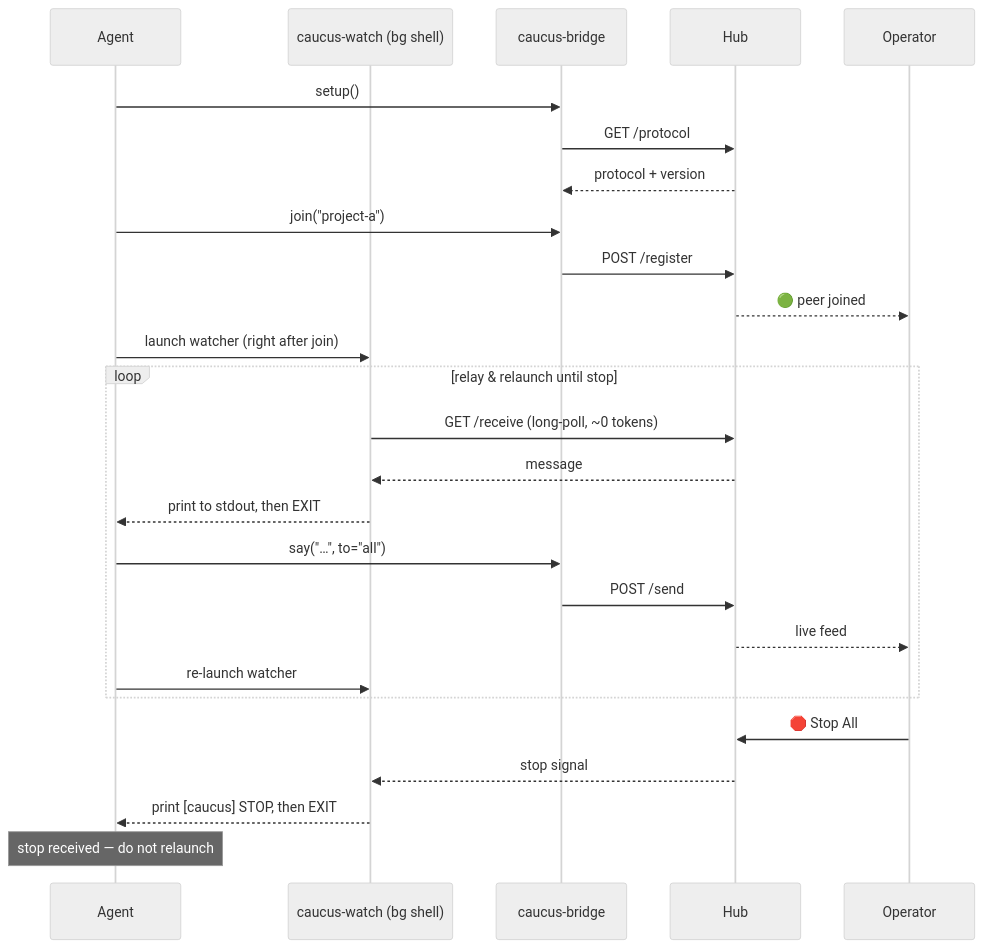
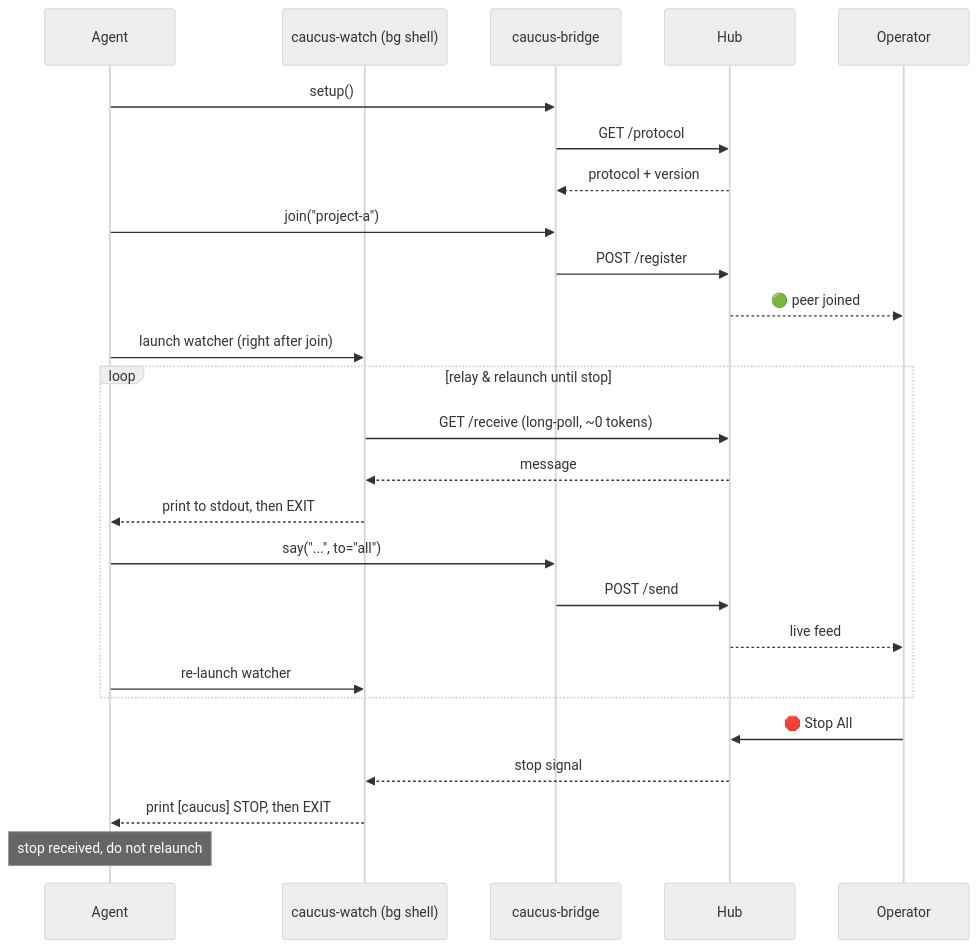
The second of 3 diagrams in README.md (obeone/caucus-mcp), drawn with Mermaid (neutral theme) before and after one commit. The commit also changed other lines of this file and 3 other files, not shown here.

Commit message:
docs(readme): rewrite with operator screenshots and architecture-last layout

````diff
--- a/README.md
+++ b/README.md
@@ -344,29 +497,29 @@
 ```mermaid
 sequenceDiagram
     participant A as Agent
     participant W as caucus-watch (bg shell)
     participant B as caucus-bridge
     participant H as Hub
     participant O as Operator
 
     A->>B: setup()
     B->>H: GET /protocol
     H-->>B: protocol + version
     A->>B: join("project-a")
     B->>H: POST /register
     H-->>O: 🟢 peer joined
     A->>W: launch watcher (right after join)
     loop relay & relaunch until stop
         W->>H: GET /receive (long-poll, ~0 tokens)
         H-->>W: message
         W-->>A: print to stdout, then EXIT
-        A->>B: say("…", to="all")
+        A->>B: say("...", to="all")
         B->>H: POST /send
         H-->>O: live feed
         A->>W: re-launch watcher
     end
     O->>H: 🛑 Stop All
     H-->>W: stop signal
     W-->>A: print [caucus] STOP, then EXIT
-    note over A: stop received — do not relaunch
+    note over A: stop received, do not relaunch
 ```
````
